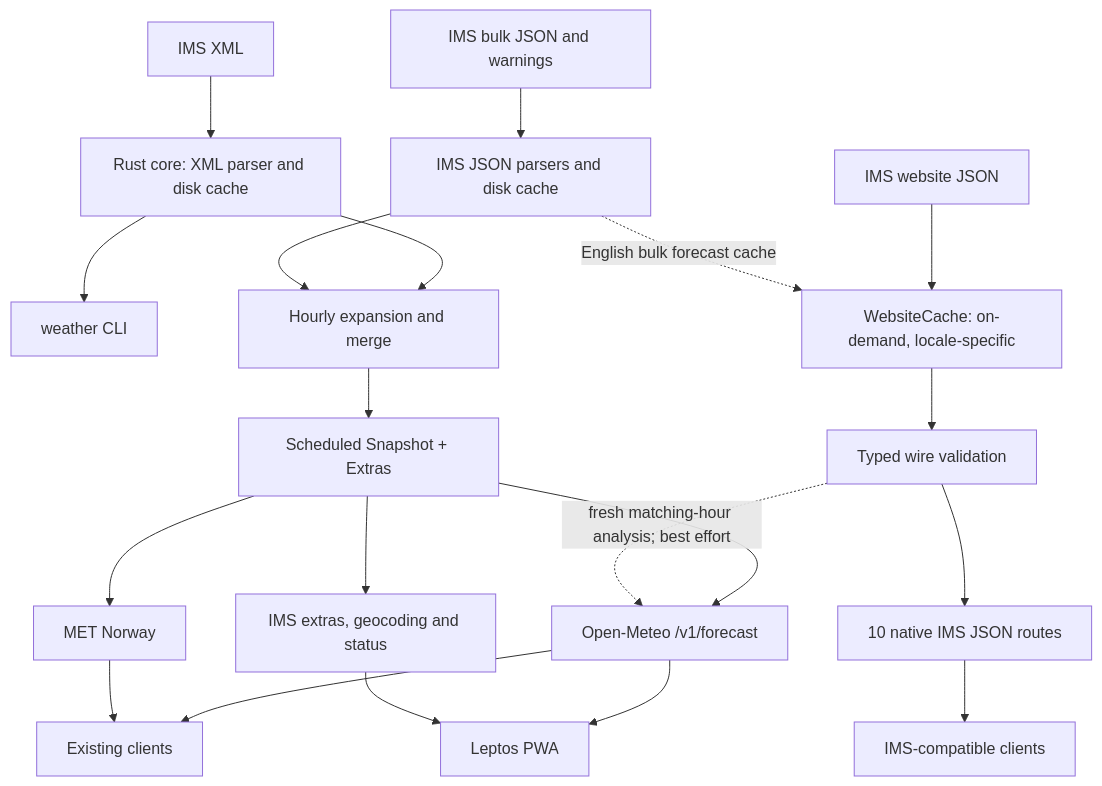
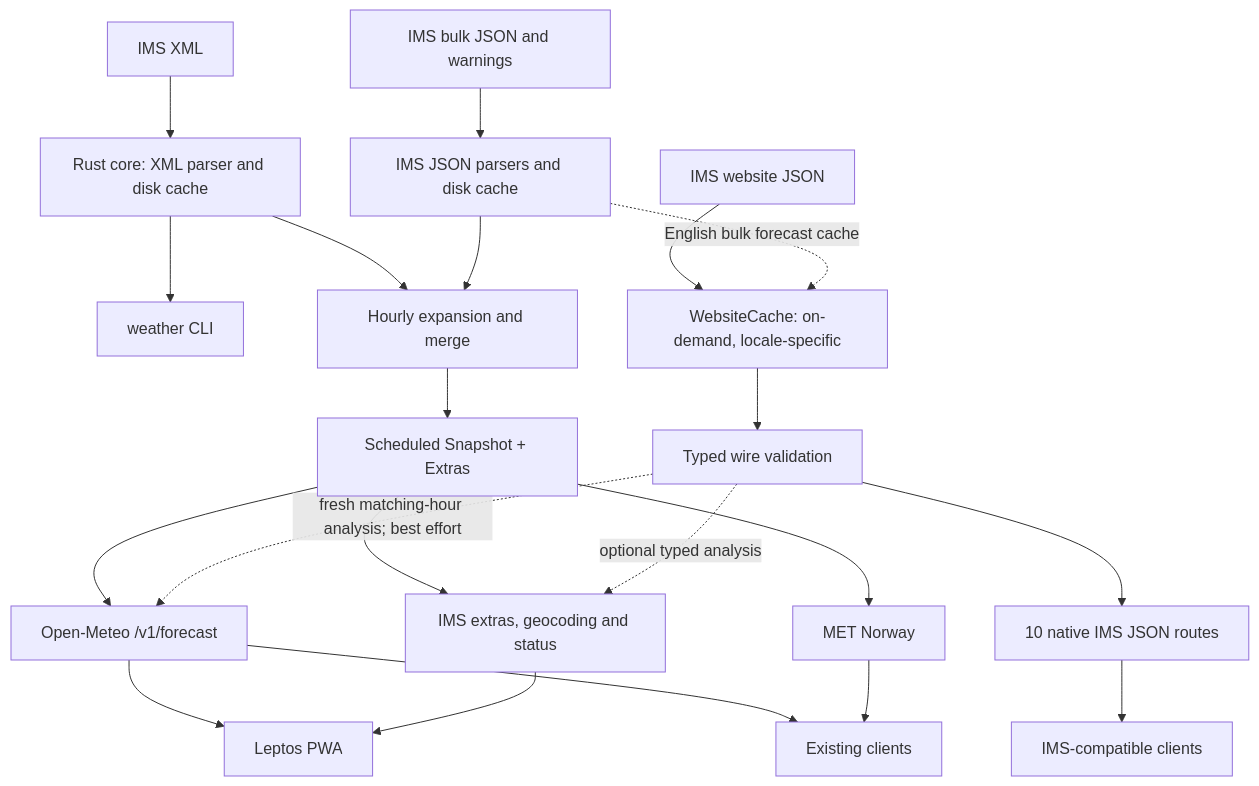
The first of 3 diagrams in docs/architecture-spec.md (barakplasma/israel-weather-rs), drawn with Mermaid before and after one commit. The commit also changed other lines of this file and 5 other files, not shown here.

````diff
--- a/docs/architecture-spec.md
+++ b/docs/architecture-spec.md
@@ -13,22 +13,23 @@
 ```mermaid
 flowchart TD
     XML["IMS XML"] --> Core["Rust core: XML parser and disk cache"]
     JSON["IMS bulk JSON and warnings"] --> Parsers["IMS JSON parsers and disk cache"]
     Core --> CLI["weather CLI"]
     Core --> Merge["Hourly expansion and merge"]
     Parsers --> Merge
     Merge --> Snapshot["Scheduled Snapshot + Extras"]
     Snapshot --> OM["Open-Meteo /v1/forecast"]
     Snapshot --> MET["MET Norway"]
     Snapshot --> API["IMS extras, geocoding and status"]
     Website["IMS website JSON"] --> Cache["WebsiteCache: on-demand, locale-specific"]
     Parsers -. "English bulk forecast cache" .-> Cache
     Cache --> Models["Typed wire validation"]
     Models --> Native["10 native IMS JSON routes"]
     Models -. "fresh matching-hour analysis; best effort" .-> OM
+    Models -. "optional typed analysis" .-> API
     OM --> PWA["Leptos PWA"]
     API --> PWA
     OM --> Clients["Existing clients"]
     MET --> Clients
     Native --> NativeClients["IMS-compatible clients"]
 ```
````
